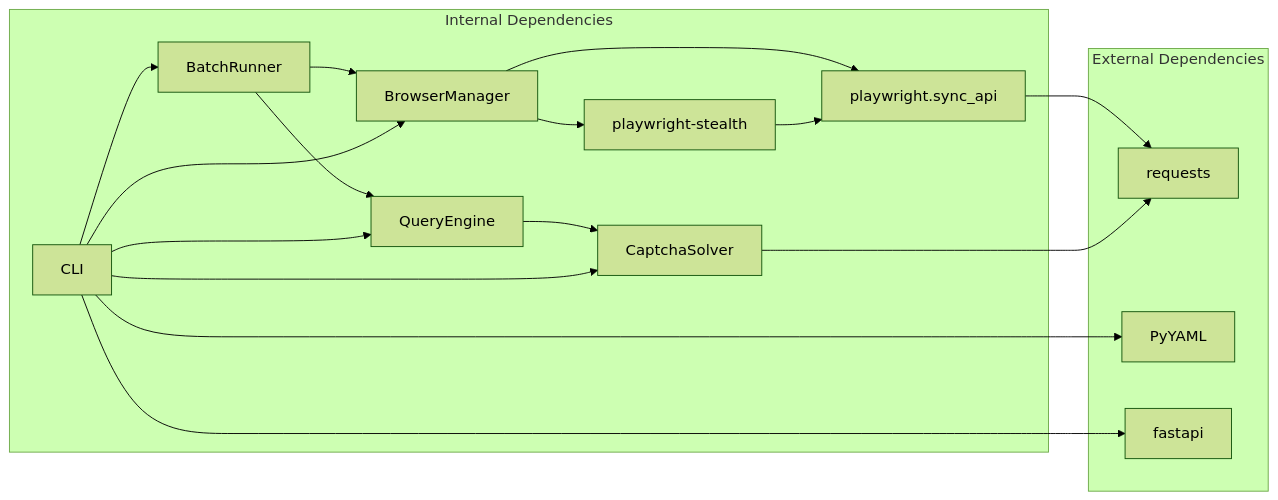
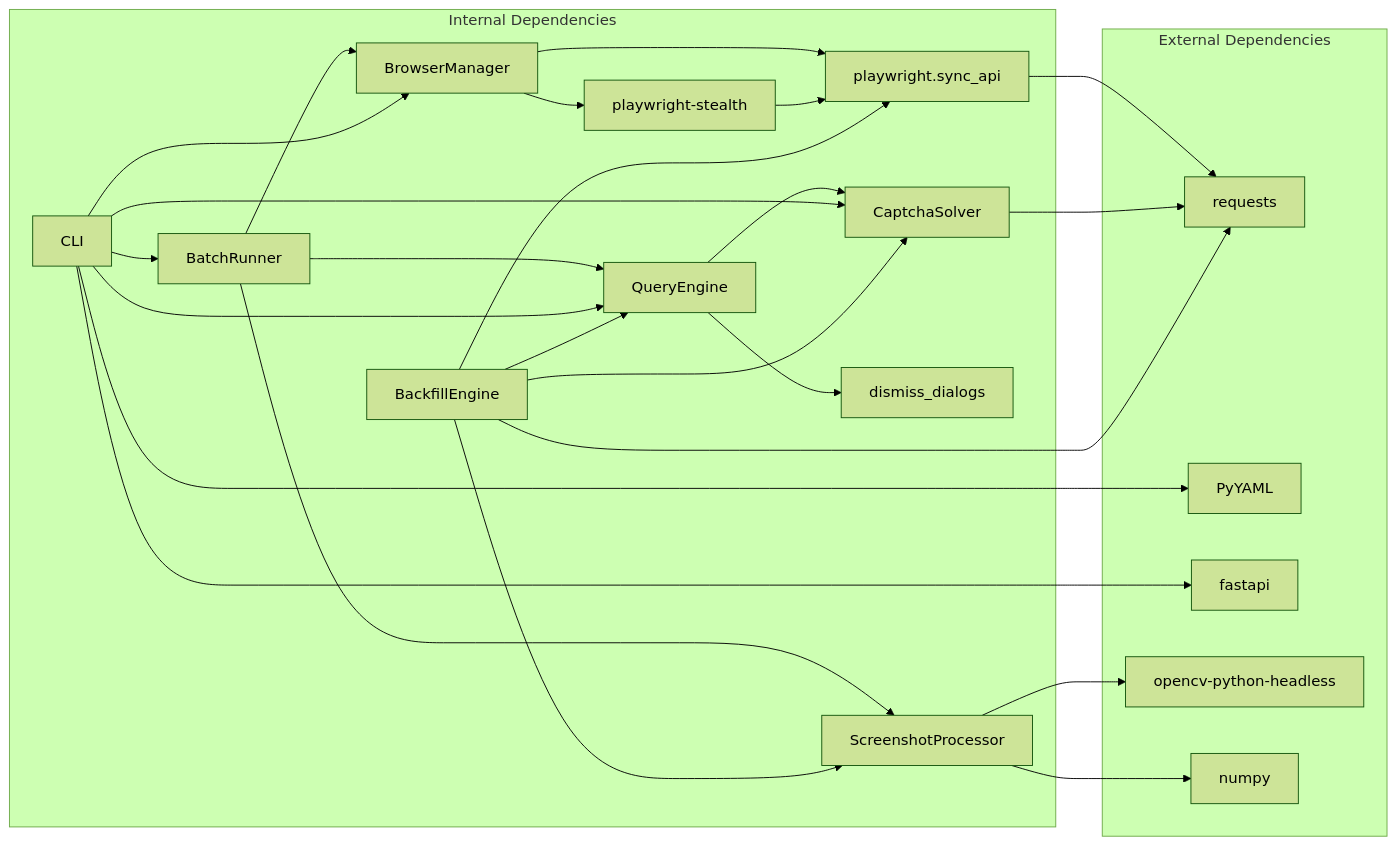
The ninth of 9 diagrams in .qoder/repowiki/en/content/Core Architecture/Browser Automation System.md (supotato-ipj/zxgk_auto_query-skill), drawn with Mermaid (forest theme) before and after one commit. The commit also changed other lines of this file and 19 other files, not shown here.

````diff
--- a/.qoder/repowiki/en/content/Core Architecture/Browser Automation System.md
+++ b/.qoder/repowiki/en/content/Core Architecture/Browser Automation System.md
@@ -350,21 +541,30 @@
 ```mermaid
 graph LR
 subgraph "Internal Dependencies"
 BM["BrowserManager"] --> PS["playwright-stealth"]
 BM --> PW["playwright.sync_api"]
 QE["QueryEngine"] --> CS["CaptchaSolver"]
+QE --> DIS["dismiss_dialogs"]
 BR["BatchRunner"] --> BM
 BR --> QE
+BR --> SS["ScreenshotProcessor"]
 CLI["CLI"] --> BM
 CLI --> QE
 CLI --> BR
 CLI --> CS
+BF["BackfillEngine"] --> QE
+BF --> SS
+BF --> CS
 end
 subgraph "External Dependencies"
 PW --> REQ["requests"]
 PS --> PW
 CS --> REQ
 CLI --> YAML["PyYAML"]
 CLI --> FAST["fastapi"]
+SS --> CV["opencv-python-headless"]
+SS --> NP["numpy"]
+BF --> PW
+BF --> REQ
 end
 ```
````
